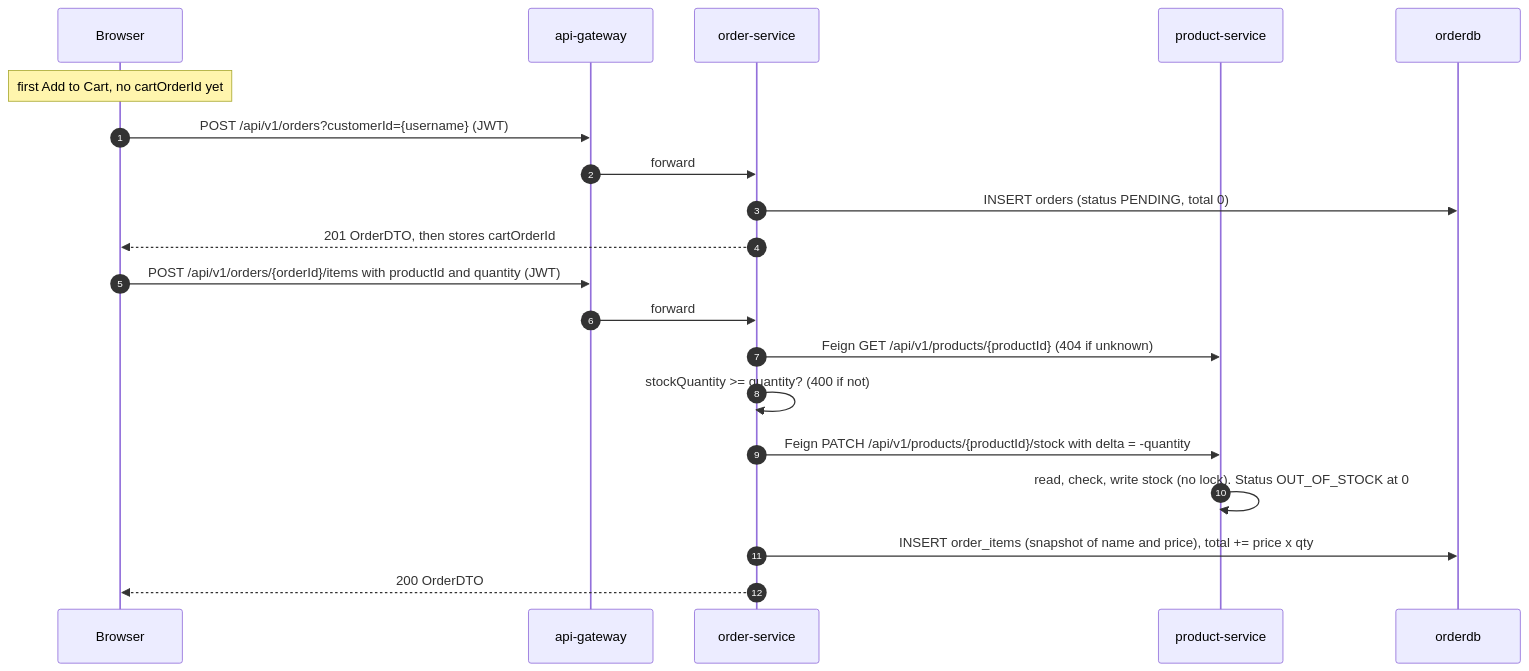
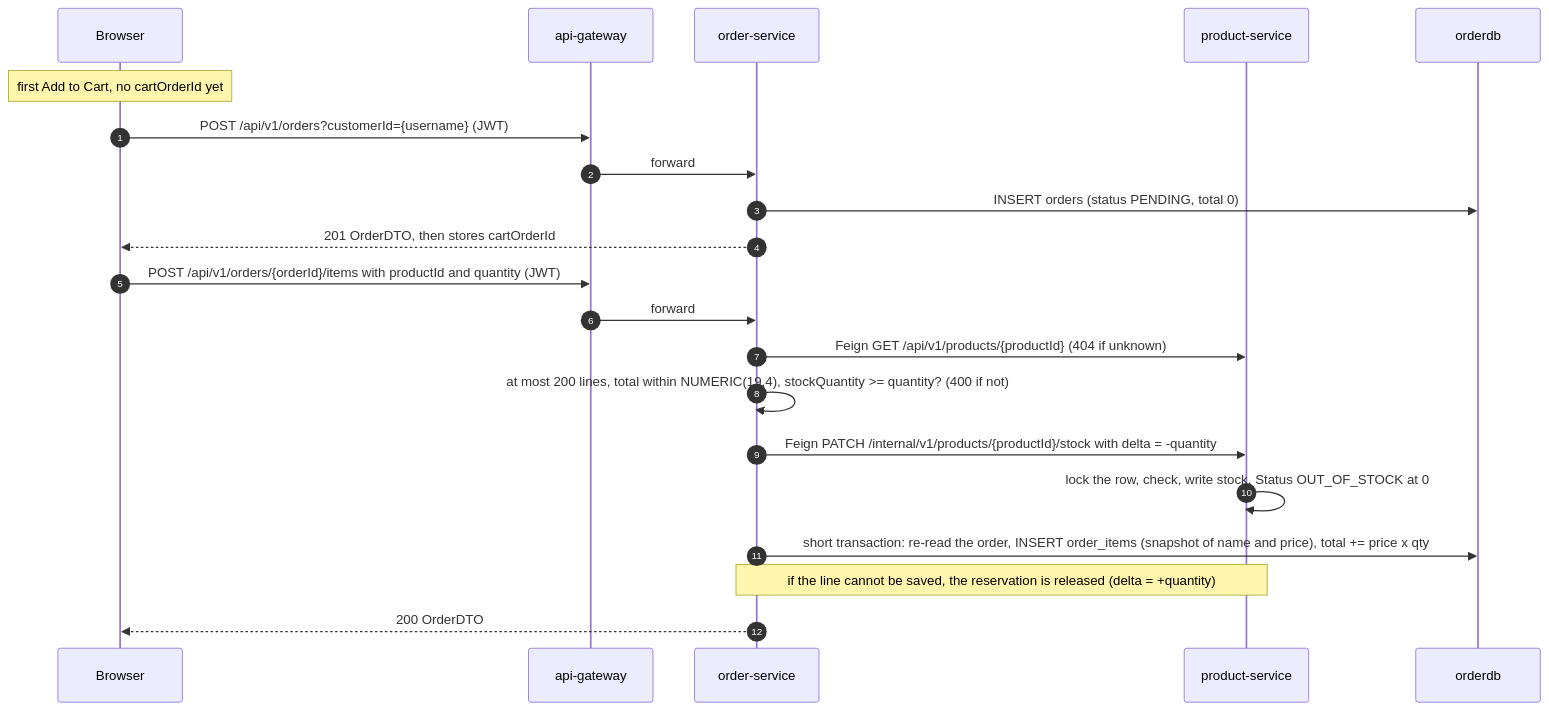
One commit to bmcnpnr/ecommerce-platform changed the fourth of 11 diagrams in docs/flows.md. Above: the diagram before and after it, drawn with Mermaid. The commit also changed other lines of this file and 58 other files, not shown here.

````diff
--- a/docs/flows.md
+++ b/docs/flows.md
@@ -111,22 +113,23 @@
 ```mermaid
 sequenceDiagram
     autonumber
     participant B as Browser
     participant G as api-gateway
     participant O as order-service
     participant P as product-service
     participant ODB as orderdb
     Note over B: first Add to Cart, no cartOrderId yet
     B->>G: POST /api/v1/orders?customerId={username} (JWT)
     G->>O: forward
     O->>ODB: INSERT orders (status PENDING, total 0)
     O-->>B: 201 OrderDTO, then stores cartOrderId
     B->>G: POST /api/v1/orders/{orderId}/items with productId and quantity (JWT)
     G->>O: forward
     O->>P: Feign GET /api/v1/products/{productId} (404 if unknown)
-    O->>O: stockQuantity >= quantity? (400 if not)
-    O->>P: Feign PATCH /api/v1/products/{productId}/stock with delta = -quantity
-    P->>P: read, check, write stock (no lock). Status OUT_OF_STOCK at 0
-    O->>ODB: INSERT order_items (snapshot of name and price), total += price x qty
+    O->>O: at most 200 lines, total within NUMERIC(19,4), stockQuantity >= quantity? (400 if not)
+    O->>P: Feign PATCH /internal/v1/products/{productId}/stock with delta = -quantity
+    P->>P: lock the row, check, write stock. Status OUT_OF_STOCK at 0
+    O->>ODB: short transaction: re-read the order, INSERT order_items (snapshot of name and price), total += price x qty
+    Note over O,P: if the line cannot be saved, the reservation is released (delta = +quantity)
     O-->>B: 200 OrderDTO
 ```
````
